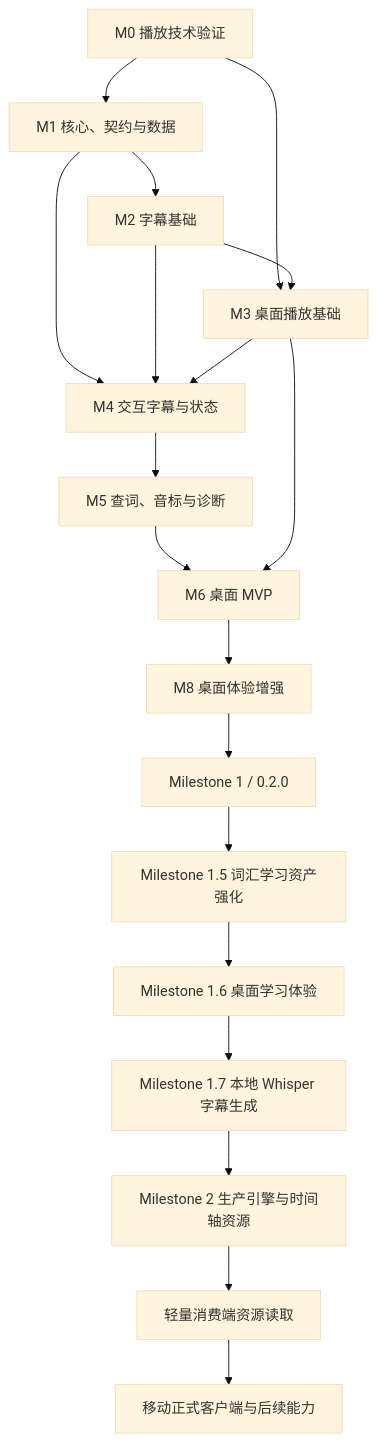
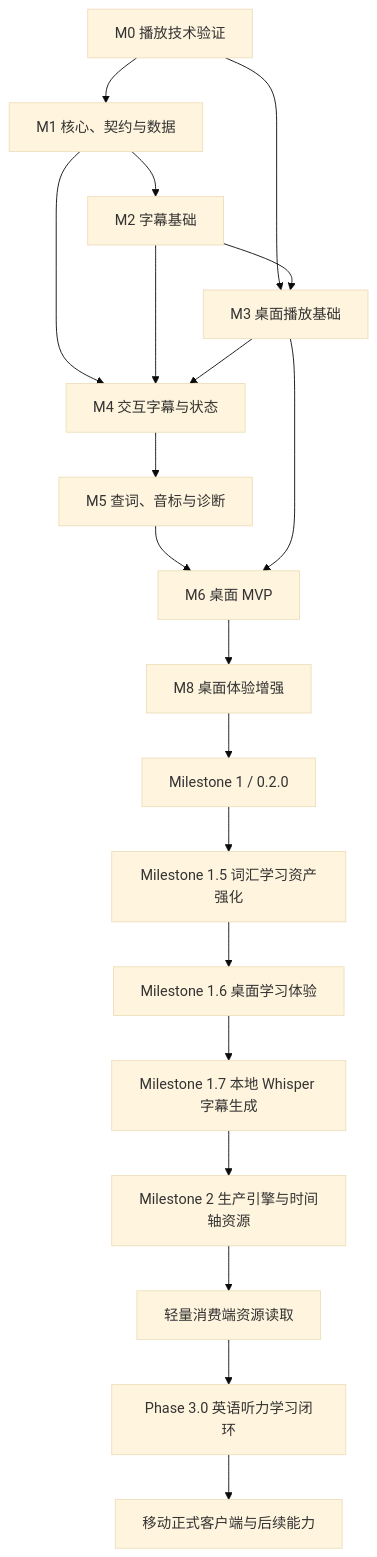
One commit to ichthyoplanktonzyh/listen changed the diagram in core/.planning/ROADMAP.md. Above: the diagram before and after it, drawn with Mermaid (base theme). The commit also changed other lines of this file and 33 other files, not shown here.

````diff
--- a/core/.planning/ROADMAP.md
+++ b/core/.planning/ROADMAP.md
@@ -1295,21 +1358,22 @@
 ```mermaid
 flowchart TD
     M0["M0 播放技术验证"] --> M1["M1 核心、契约与数据"]
     M0 --> M3["M3 桌面播放基础"]
     M1 --> M2["M2 字幕基础"]
     M2 --> M3
     M1 --> M4["M4 交互字幕与状态"]
     M2 --> M4
     M3 --> M4
     M4 --> M5["M5 查词、音标与诊断"]
     M5 --> M6["M6 桌面 MVP"]
     M3 --> M6
     M6 --> M8["M8 桌面体验增强"]
     M8 --> MS1["Milestone 1 / 0.2.0"]
     MS1 --> M15["Milestone 1.5 词汇学习资产强化"]
     M15 --> M16["Milestone 1.6 桌面学习体验"]
     M16 --> M17["Milestone 1.7 本地 Whisper 字幕生成"]
     M17 --> M2P["Milestone 2 生产引擎与时间轴资源"]
     M2P --> M2C["轻量消费端资源读取"]
-    M2C --> FUTURE["移动正式客户端与后续能力"]
+    M2C --> M30["Phase 3.0 英语听力学习闭环"]
+    M30 --> FUTURE["移动正式客户端与后续能力"]
 ```
````
